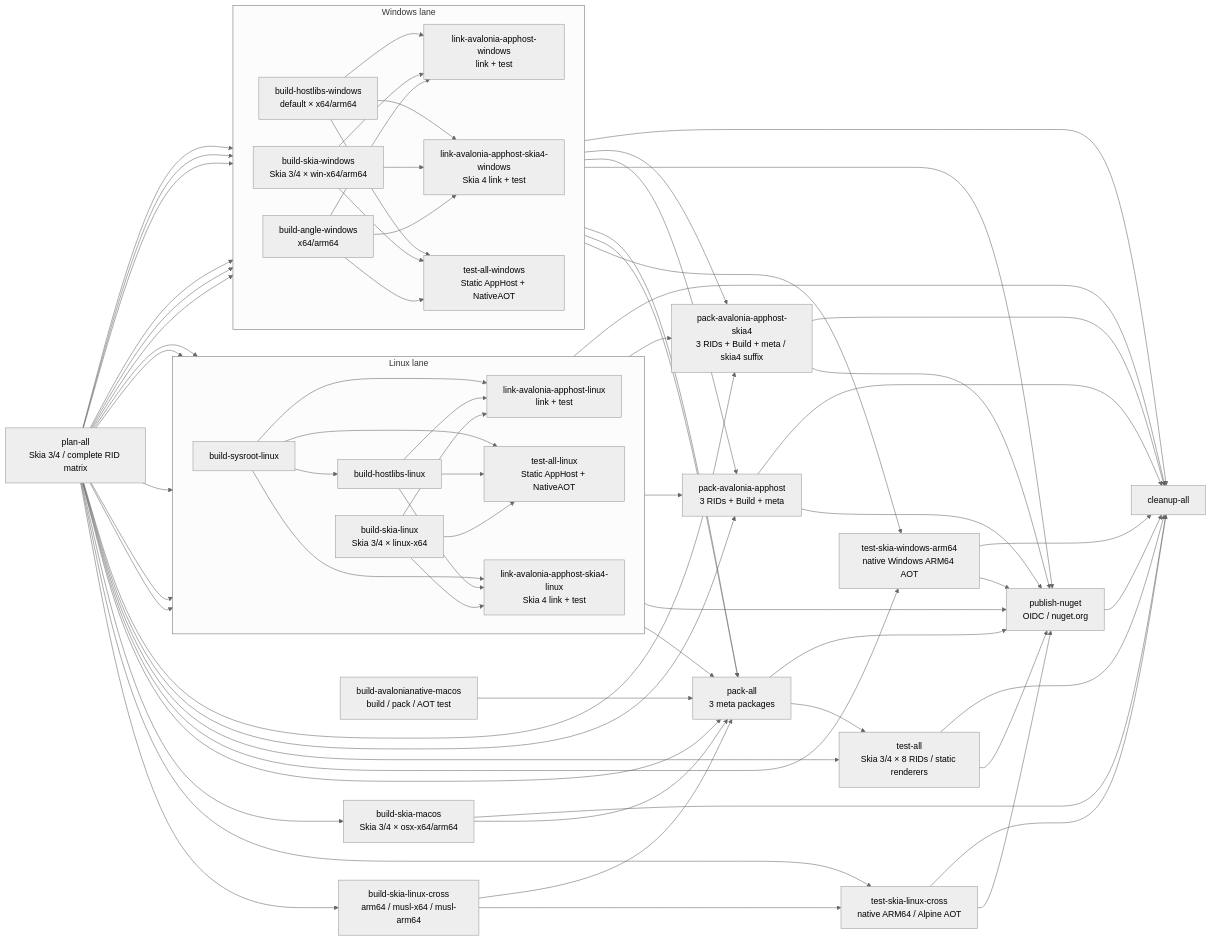
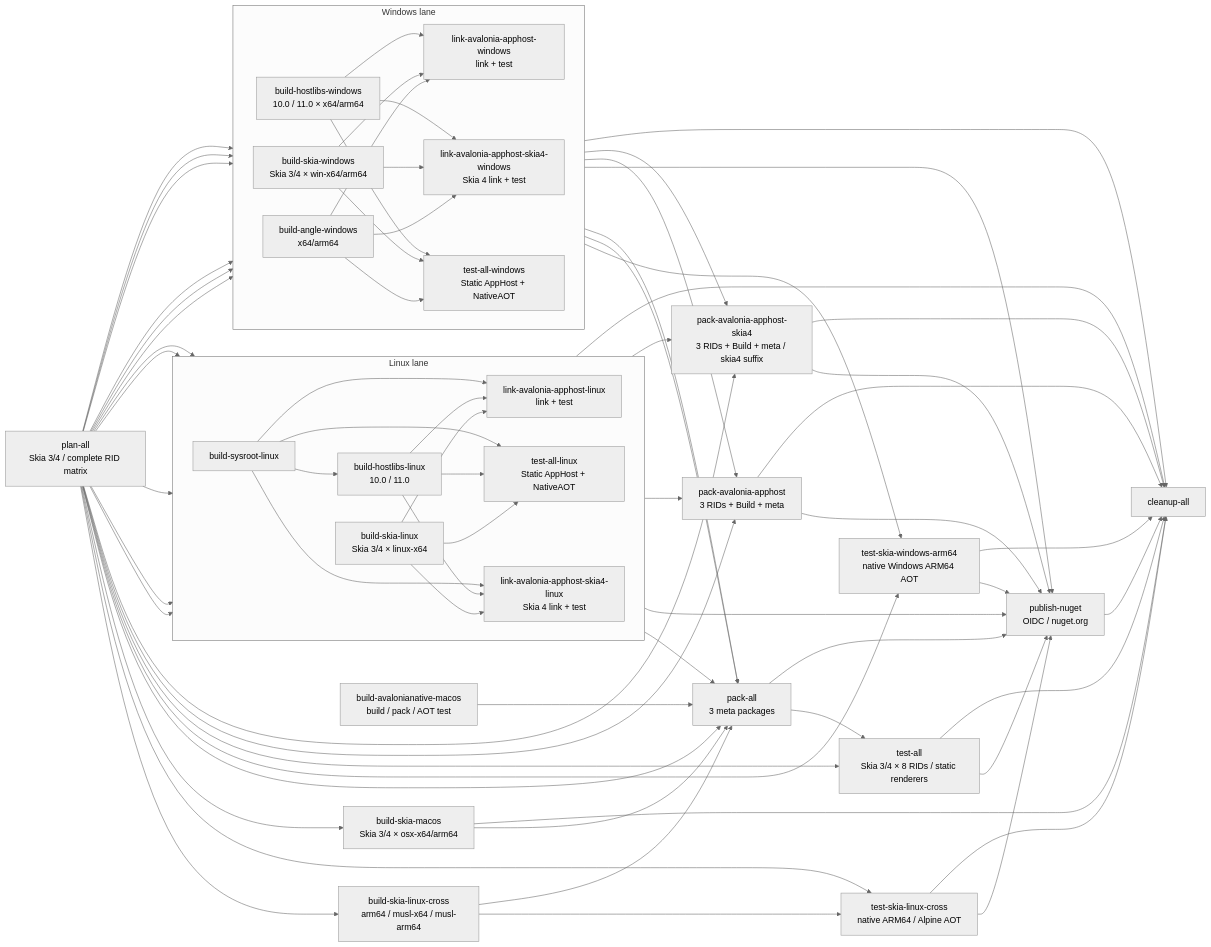
One commit to chsbuffer/HostForge changed the diagram in DEVELOPMENT.md. Above: the diagram before and after it, drawn with Mermaid (neutral theme). The commit also changed other lines of this file and 86 other files, not shown here.

```diff
--- a/DEVELOPMENT.md
+++ b/DEVELOPMENT.md
@@ -261,7 +310,7 @@
     NP --> LH
     subgraph W["Windows lane"]
         direction LR
-        WH["build-hostlibs-windows<br/>default × x64/arm64"]
+        WH["build-hostlibs-windows<br/>10.0 / 11.0 × x64/arm64"]
         WA["build-angle-windows<br/>x64/arm64"]
         WLA["link-avalonia-apphost-windows<br/>link + test"]
         WLA4["link-avalonia-apphost-skia4-windows<br/>Skia 4 link + test"]
@@ -281,7 +330,7 @@
     subgraph L["Linux lane"]
         direction LR
         LSY["build-sysroot-linux"]
-        LH["build-hostlibs-linux"]
+        LH["build-hostlibs-linux<br/>10.0 / 11.0"]
         LLA["link-avalonia-apphost-linux<br/>link + test"]
         LLA4["link-avalonia-apphost-skia4-linux<br/>Skia 4 link + test"]
         LM["test-all-linux<br/>Static AppHost + NativeAOT"]
```
